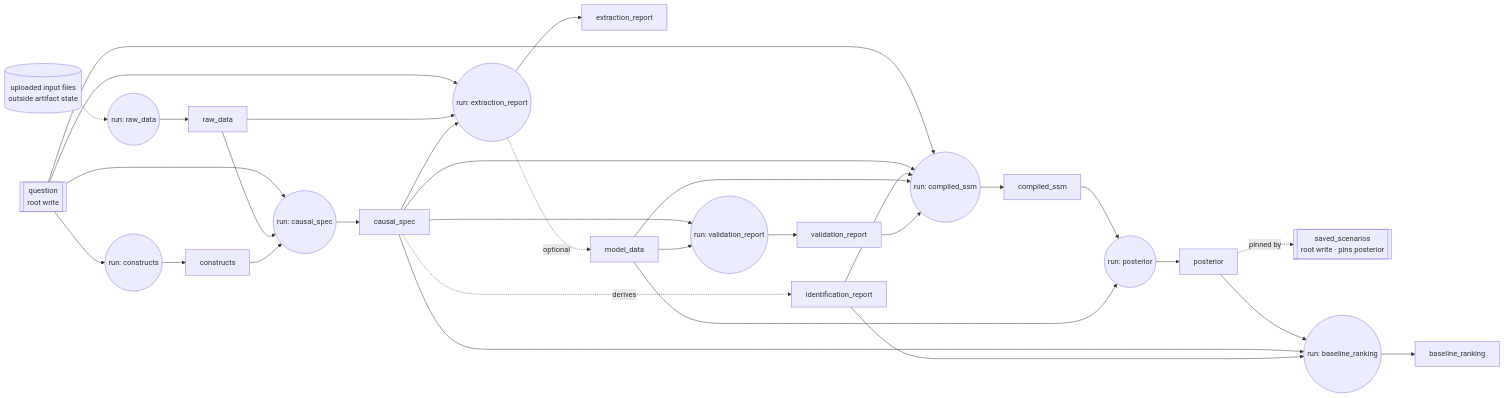
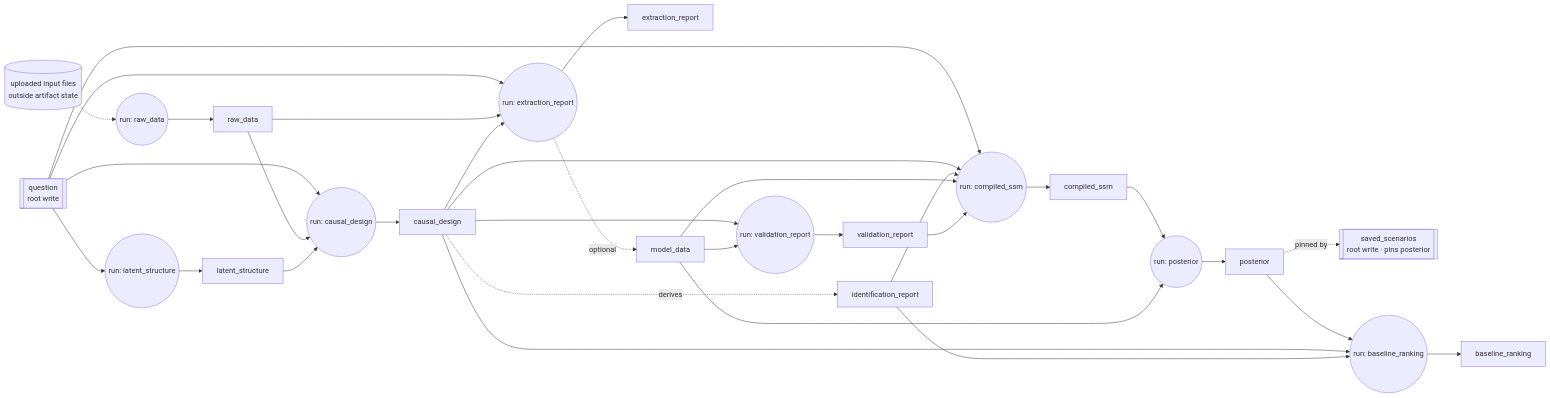
Before and after one commit to ma9o/causal-ssm-agent: the second of 3 diagrams in docs/design/action-hierarchy.md, drawn with Mermaid. The commit also changed other lines of this file and 282 other files, not shown here.

````diff
--- a/docs/design/action-hierarchy.md
+++ b/docs/design/action-hierarchy.md
@@ -96,46 +96,46 @@
 ```mermaid
 flowchart LR
     Upload[("uploaded input files\noutside artifact state")]
     Q[["question\nroot write"]]
     SS[["saved_scenarios\nroot write · pins posterior"]]
 
     Upload -.-> S0(("run: raw_data"))
     S0 --> RD["raw_data"]
 
-    Q --> S1A(("run: constructs"))
-    S1A --> C["constructs"]
+    Q --> S1A(("run: latent_structure"))
+    S1A --> C["latent_structure"]
 
-    Q --> S1B(("run: causal_spec"))
+    Q --> S1B(("run: causal_design"))
     RD --> S1B
     C --> S1B
-    S1B --> CS["causal_spec"]
+    S1B --> CS["causal_design"]
     CS -. derives .-> IR["identification_report"]
 
     Q --> S2(("run: extraction_report"))
     RD --> S2
     CS --> S2
     S2 --> ER["extraction_report"]
     S2 -. optional .-> MD["model_data"]
 
     CS --> S3(("run: validation_report"))
     MD --> S3
     S3 --> VR["validation_report"]
 
     Q --> S4(("run: compiled_ssm"))
     CS --> S4
     IR --> S4
     MD --> S4
     VR --> S4
     S4 --> CSSM["compiled_ssm"]
 
     CSSM --> S5B(("run: posterior"))
     MD --> S5B
     S5B --> P["posterior"]
 
     P --> S6(("run: baseline_ranking"))
     CS --> S6
     IR --> S6
     S6 --> BR["baseline_ranking"]
 
     P -. pinned by .-> SS
 ```
````
